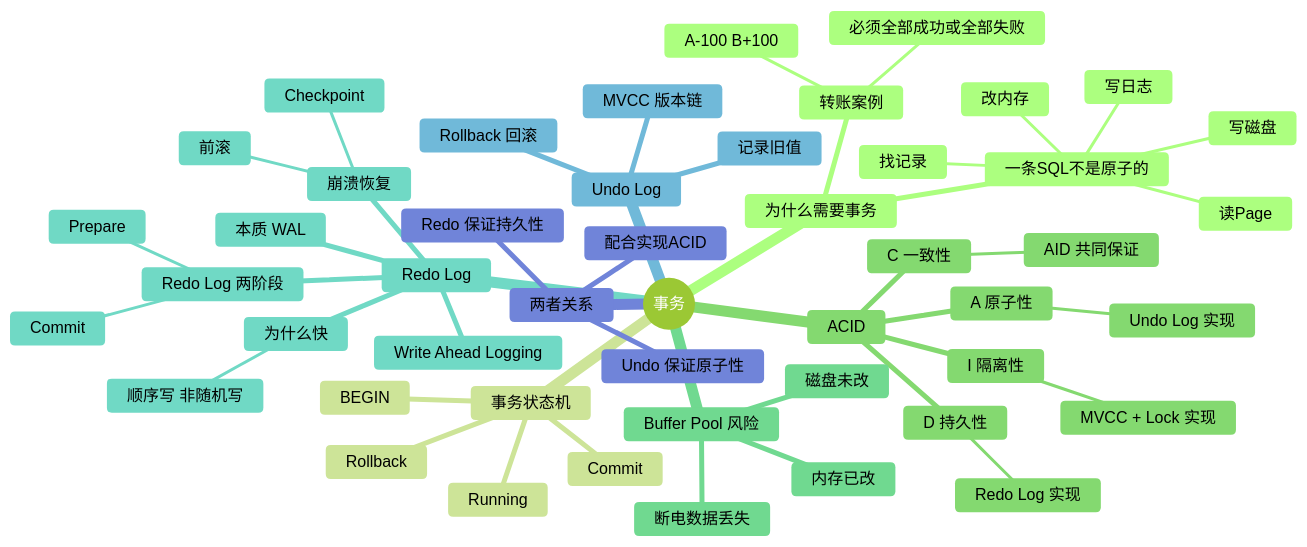
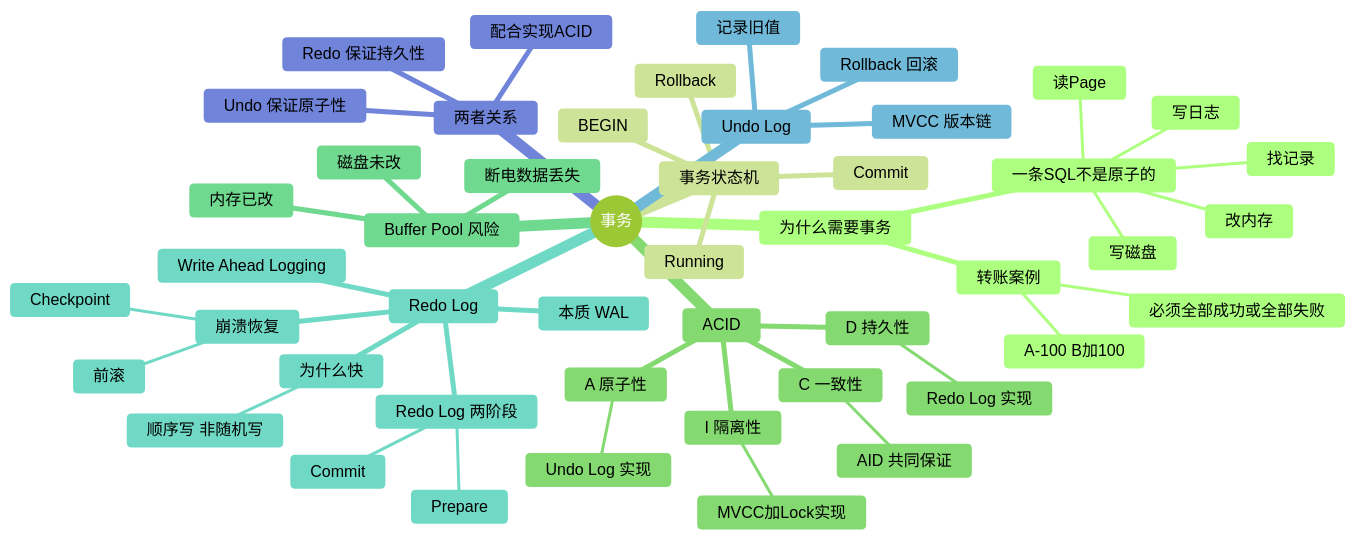
One commit to jingyu525/mysql-first-principles changed the fifth of 11 diagrams in appendix/mind-maps/README.md. Above: the diagram before and after it, drawn with Mermaid (forest theme). The commit also changed other lines of this file, not shown here.

Commit message:
fix: 修复 Mermaid 思维导图中特殊字符导致的 GitHub 渲染失败

````diff
--- a/appendix/mind-maps/README.md
+++ b/appendix/mind-maps/README.md
@@ -196,51 +196,51 @@
 ```mermaid
 mindmap
   root((事务))
     为什么需要事务
       一条SQL不是原子的
         找记录
         读Page
         改内存
         写日志
         写磁盘
       转账案例
-        A-100 B+100
+        A-100 B加100
         必须全部成功或全部失败
     事务状态机
       BEGIN
       Running
       Commit
       Rollback
     ACID
       A 原子性
         Undo Log 实现
       C 一致性
         AID 共同保证
       I 隔离性
-        MVCC + Lock 实现
+        MVCC加Lock实现
       D 持久性
         Redo Log 实现
     Buffer Pool 风险
       内存已改
       磁盘未改
       断电数据丢失
     Redo Log
       本质 WAL
       Write Ahead Logging
       为什么快
         顺序写 非随机写
       崩溃恢复
         Checkpoint
         前滚
       Redo Log 两阶段
         Prepare
         Commit
     Undo Log
       记录旧值
       Rollback 回滚
       MVCC 版本链
     两者关系
       Redo 保证持久性
       Undo 保证原子性
       配合实现ACID
 ```
````
